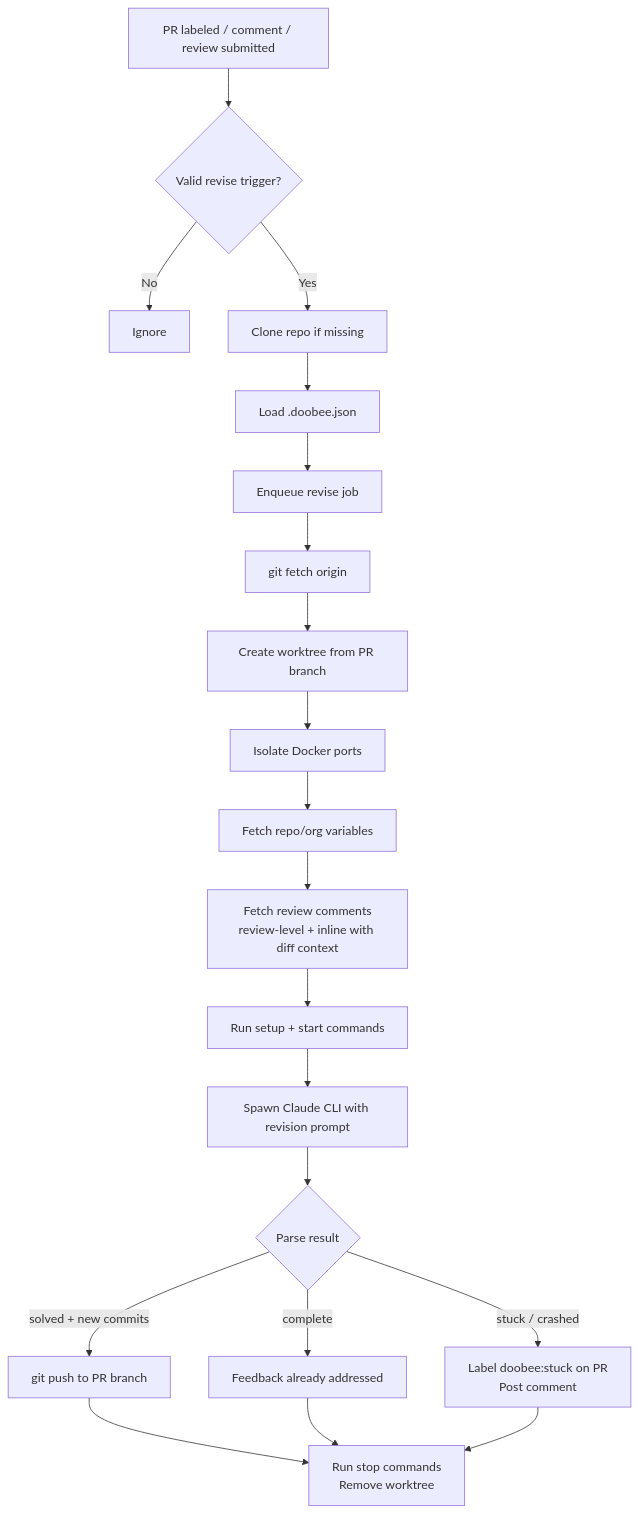
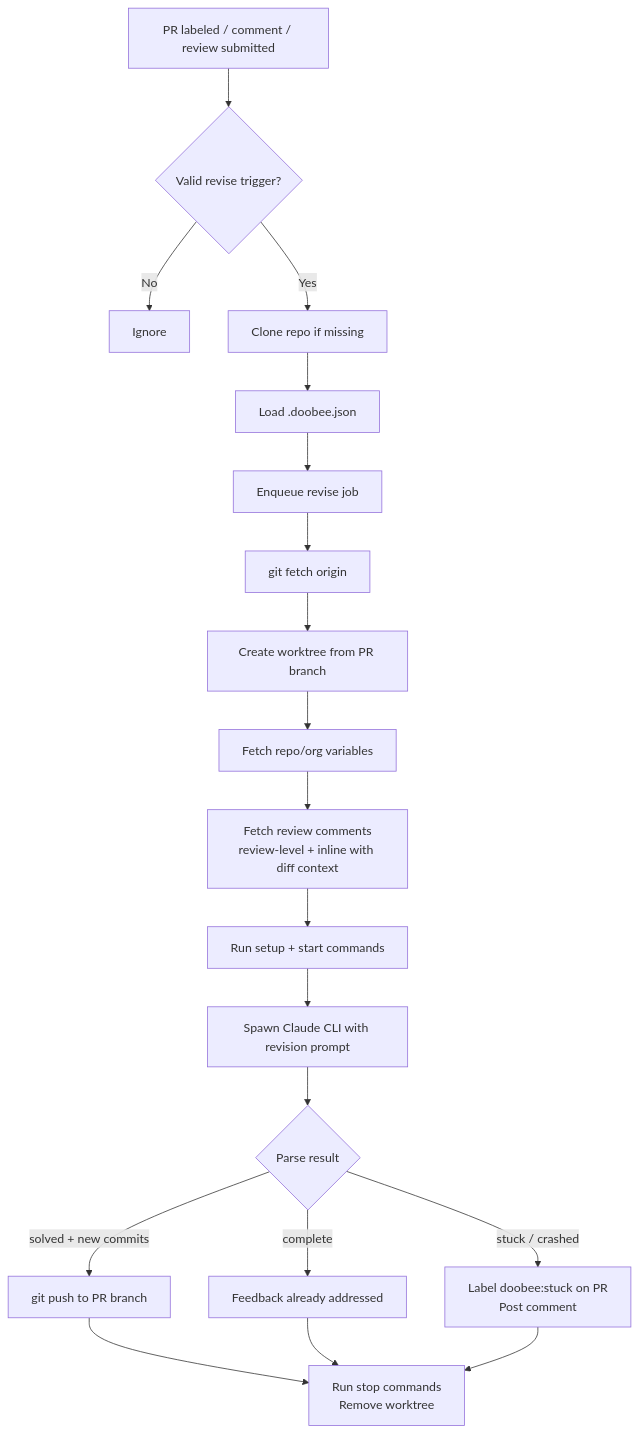
Before and after one commit to anstapol/doobee: the second of 5 diagrams in docs/flows.md, drawn with Mermaid. The commit also changed other lines of this file and 10 other files, not shown here.

````diff
--- a/docs/flows.md
+++ b/docs/flows.md
@@ -58,24 +57,23 @@
 ```mermaid
 flowchart TD
     Start[PR labeled / comment / review submitted] --> Validate{Valid revise trigger?}
     Validate -->|No| Ignore[Ignore]
     Validate -->|Yes| Clone[Clone repo if missing]
     Clone --> Config[Load .doobee.json]
     Config --> Enqueue[Enqueue revise job]
     Enqueue --> Fetch[git fetch origin]
     Fetch --> Worktree[Create worktree from PR branch]
-    Worktree --> Docker[Isolate Docker ports]
-    Docker --> Vars[Fetch repo/org variables]
+    Worktree --> Vars[Fetch repo/org variables]
     Vars --> Reviews[Fetch review comments<br/>review-level + inline with diff context]
     Reviews --> Setup[Run setup + start commands]
     Setup --> Claude[Spawn Claude CLI with revision prompt]
     Claude --> Result{Parse result}
 
     Result -->|solved + new commits| Push[git push to PR branch]
     Result -->|complete| Done[Feedback already addressed]
     Result -->|stuck / crashed| Stuck[Label doobee:stuck on PR<br/>Post comment]
 
     Push --> Cleanup[Run stop commands<br/>Remove worktree]
     Done --> Cleanup
     Stuck --> Cleanup
 ```
````
